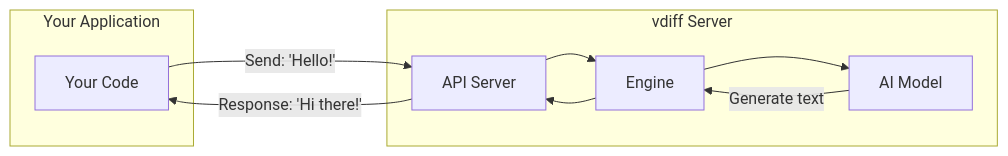
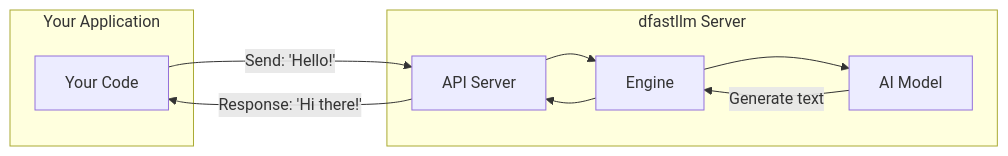
The first of 3 diagrams in docs/dev-doc/index.md (mwaykole/vdiff), drawn with Mermaid before and after one commit. The commit also changed other lines of this file and 53 other files, not shown here.

First line of the commit message:
refactor: Rename all vdiff references to dfastllm

````diff
--- a/docs/dev-doc/index.md
+++ b/docs/dev-doc/index.md
@@ -9,19 +9,19 @@
 ```mermaid
 flowchart LR
     subgraph You["Your Application"]
         APP[Your Code]
     end
     
-    subgraph vdiff["vdiff Server"]
+    subgraph dfastllm["dfastllm Server"]
         API[API Server]
         ENGINE[Engine]
         MODEL[AI Model]
     end
     
     APP -->|"Send: 'Hello!'"| API
     API --> ENGINE
     ENGINE --> MODEL
     MODEL -->|"Generate text"| ENGINE
     ENGINE --> API
     API -->|"Response: 'Hi there!'"| APP
 ```
````
